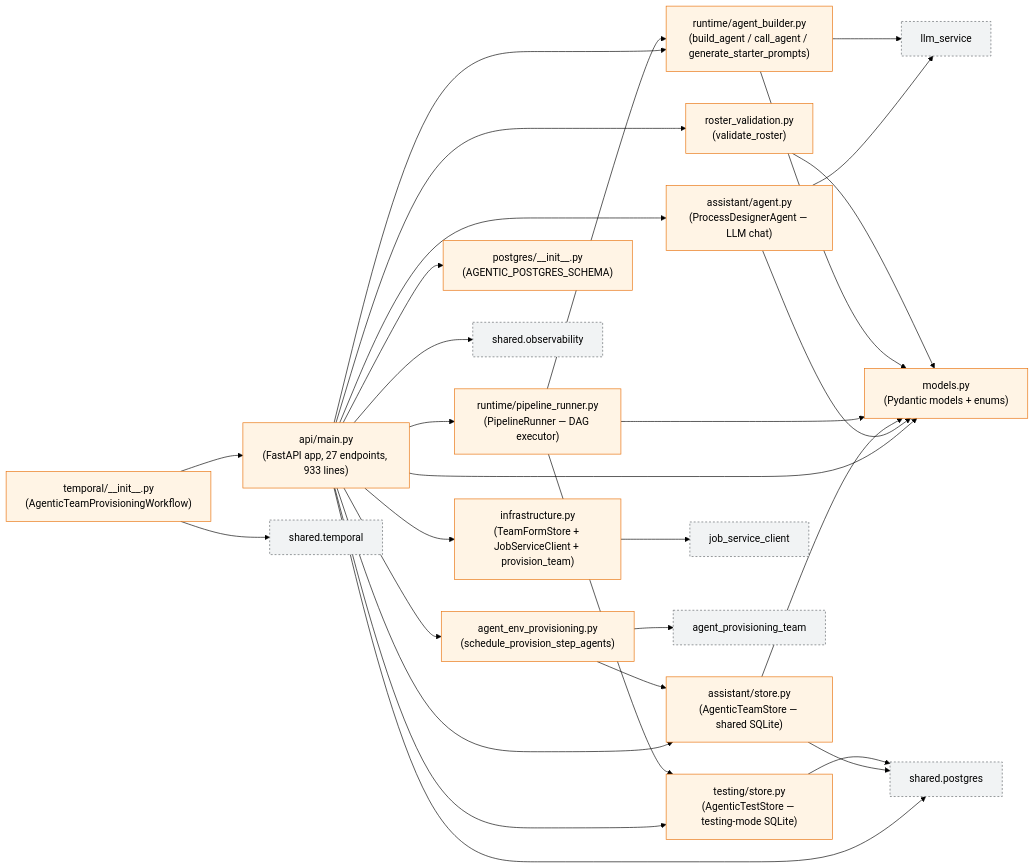
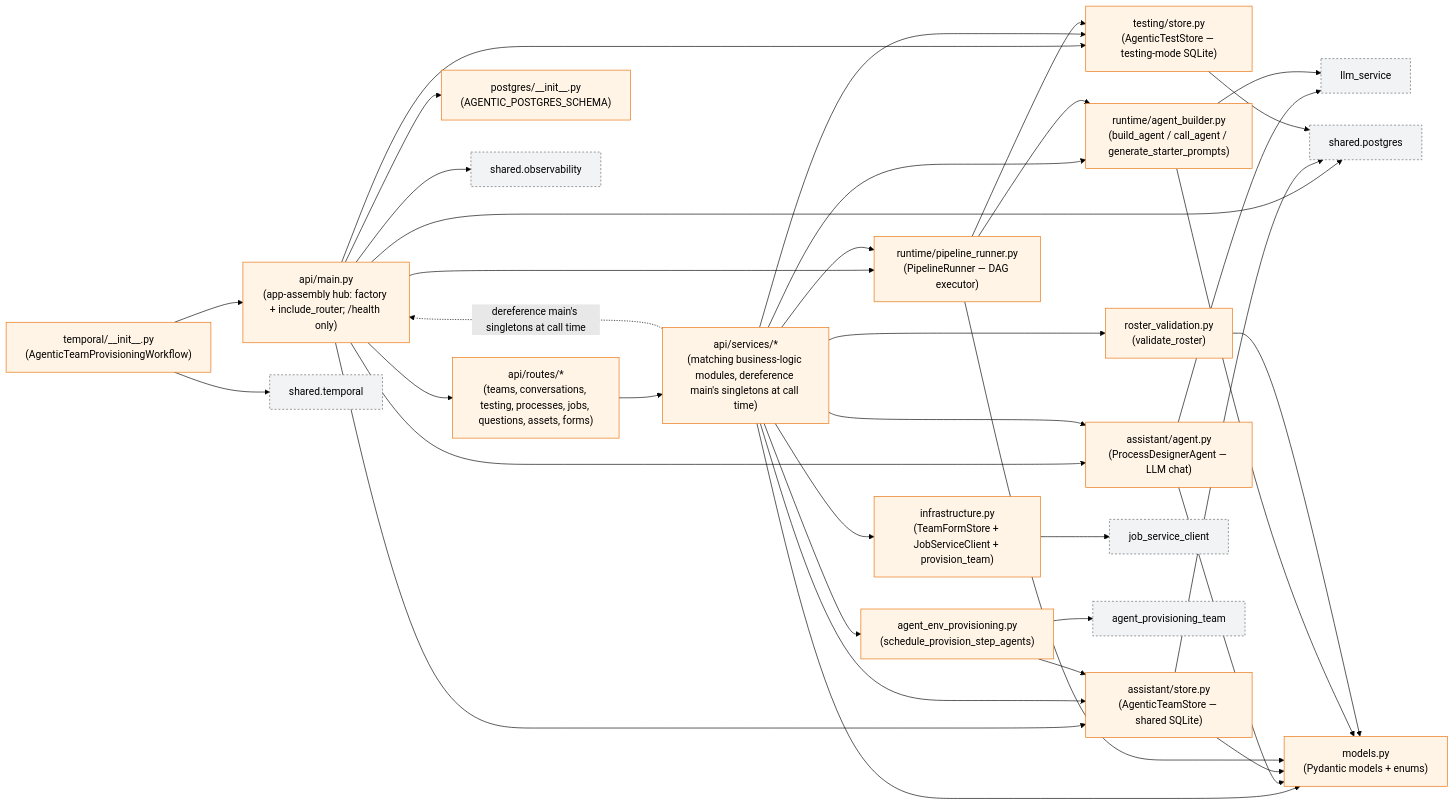
Before and after one commit to brandonkindred/Khala-Agentic-AI-Teams: the first of 3 diagrams in backend/agents/agent_team_studio/agentic_team_provisioning/system_design/system_design.md, drawn with Mermaid (forest theme). The commit also changed other lines of this file and 16 other files, not shown here.

First line of the commit message:
Extract processes/jobs/questions/assets/forms into routers and services

````diff
--- a/backend/agents/agent_team_studio/agentic_team_provisioning/system_design/system_design.md
+++ b/backend/agents/agent_team_studio/agentic_team_provisioning/system_design/system_design.md
@@ -13,60 +13,69 @@
 ```mermaid
 graph LR
-    main["api/main.py<br/>(FastAPI app, 27 endpoints, 933 lines)"]
+    main["api/main.py<br/>(app-assembly hub: factory + include_router; /health only)"]
+    routes["api/routes/*<br/>(teams, conversations, testing, processes, jobs, questions, assets, forms)"]
+    services["api/services/*<br/>(matching business-logic modules, dereference main's singletons at call time)"]
 
     %% Orchestrator internals
     agent["assistant/agent.py<br/>(ProcessDesignerAgent — LLM chat)"]
     store["assistant/store.py<br/>(AgenticTeamStore — shared SQLite)"]
     runner["runtime/pipeline_runner.py<br/>(PipelineRunner — DAG executor)"]
     builder["runtime/agent_builder.py<br/>(build_agent / call_agent / generate_starter_prompts)"]
     roster["roster_validation.py<br/>(validate_roster)"]
     envprov["agent_env_provisioning.py<br/>(schedule_provision_step_agents)"]
     infra["infrastructure.py<br/>(TeamFormStore + JobServiceClient + provision_team)"]
     models["models.py<br/>(Pydantic models + enums)"]
     test_store["testing/store.py<br/>(AgenticTestStore — testing-mode SQLite)"]
 
     %% Shared / external
     pg["postgres/__init__.py<br/>(AGENTIC_POSTGRES_SCHEMA)"]
     tmp["temporal/__init__.py<br/>(AgenticTeamProvisioningWorkflow)"]
     llm["llm_service"]
     shared_pg["shared.postgres"]
     shared_tmp["shared.temporal"]
     shared_obs["shared.observability"]
     jsc["job_service_client"]
     apt["agent_provisioning_team"]
 
+    main --> store
     main --> agent
-    main --> store
+    main --> test_store
     main --> runner
-    main --> builder
-    main --> roster
-    main --> envprov
-    main --> infra
-    main --> models
-    main --> test_store
     main --> pg
     main --> shared_obs
     main --> shared_pg
+    main --> routes
+    routes --> services
+    services -.->|dereference main's singletons at call time| main
+    services --> agent
+    services --> store
+    services --> runner
+    services --> builder
+    services --> roster
+    services --> envprov
+    services --> infra
+    services --> models
+    services --> test_store
 
     agent --> llm
     agent --> models
     store --> models
     store --> shared_pg
     runner --> builder
     runner --> test_store
     runner --> models
     builder --> llm
     builder --> models
     roster --> models
     envprov --> store
     envprov --> apt
     infra --> jsc
     test_store --> shared_pg
     tmp --> main
     tmp --> shared_tmp
 
     classDef orchestrator fill:#fff4e5,stroke:#e8710a
     classDef external fill:#f1f3f4,stroke:#5f6368,stroke-dasharray: 3 3
-    class main,agent,store,runner,builder,roster,envprov,infra,models,test_store,pg,tmp orchestrator
+    class main,routes,services,agent,store,runner,builder,roster,envprov,infra,models,test_store,pg,tmp orchestrator
     class llm,shared_pg,shared_tmp,shared_obs,jsc,apt external
 ```
````
